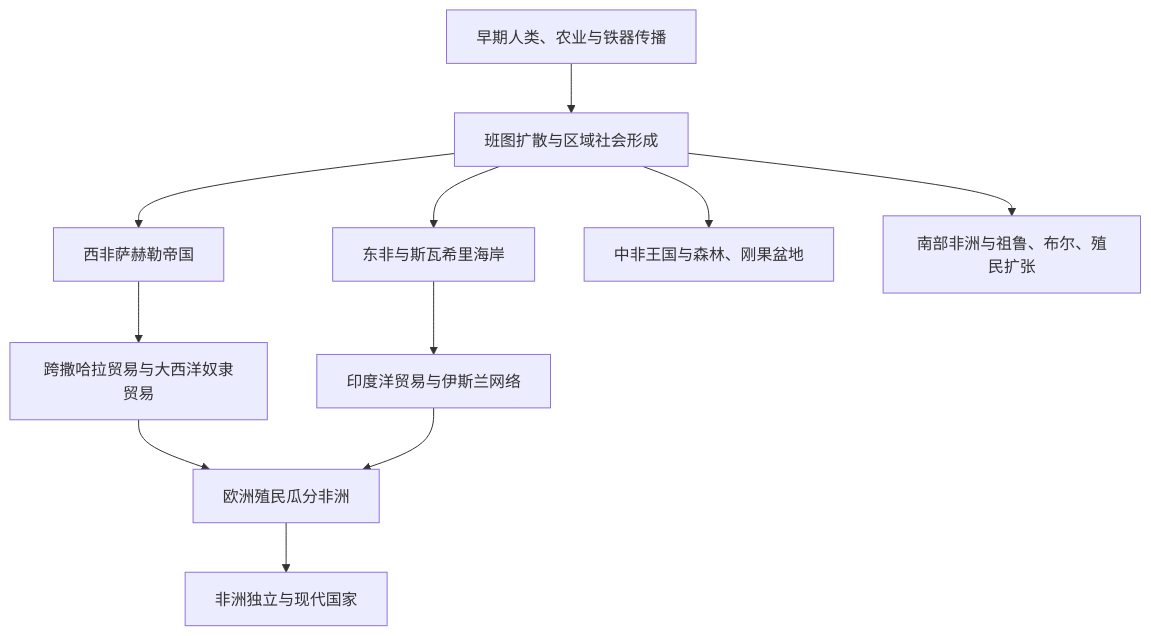
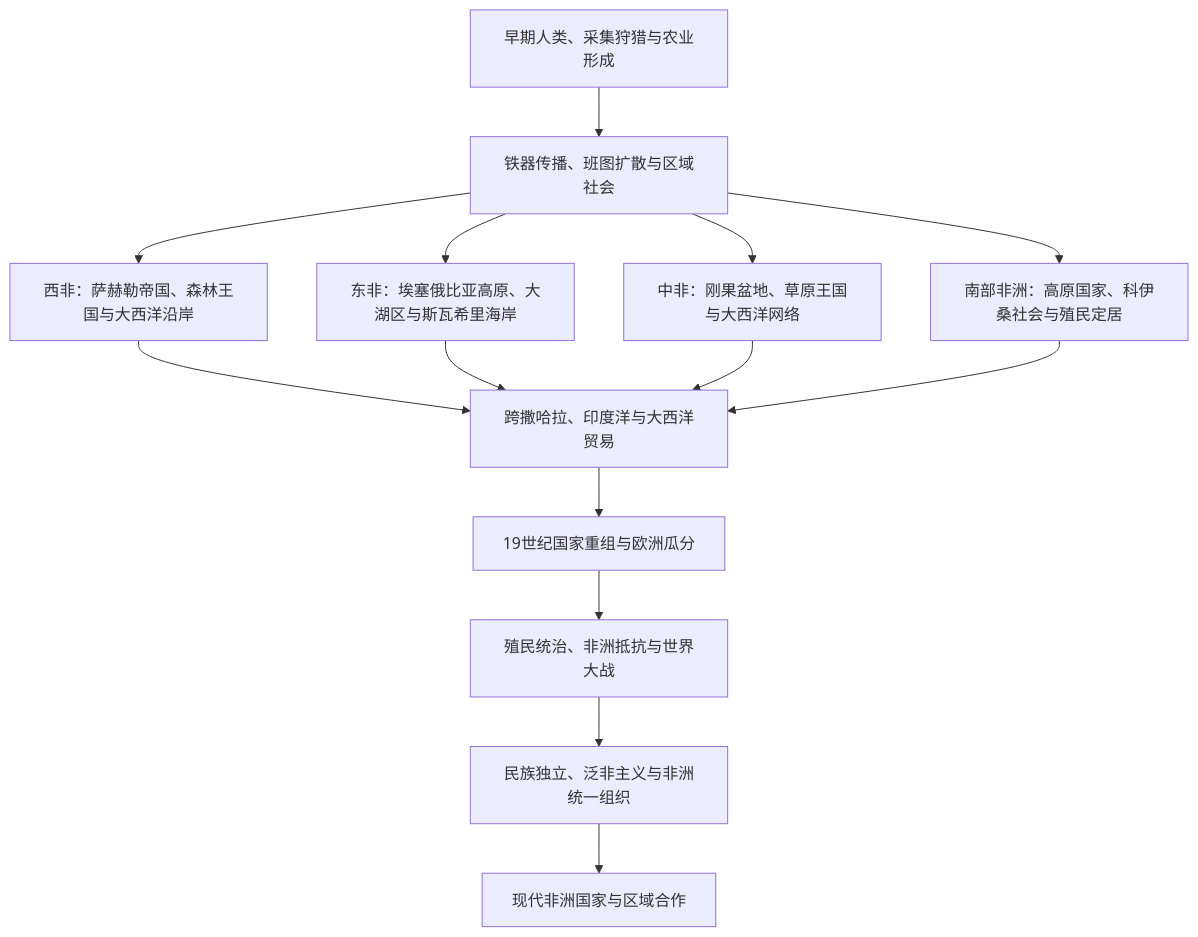
Before and after one commit to tianlan-dev/learning-notes: the diagram in 人文科学/历史/非洲/README.md, drawn with Mermaid. The commit also changed other lines of this file and 164 other files, not shown here.

````diff
--- a/人文科学/历史/非洲/README.md
+++ b/人文科学/历史/非洲/README.md
@@ -14,13 +11,16 @@
 ```mermaid
 flowchart TD
-    Early["早期人类、农业与铁器传播"] --> Bantu["班图扩散与区域社会形成"]
-    Bantu --> WestAfrica["西非萨赫勒帝国"]
-    Bantu --> EastAfrica["东非与斯瓦希里海岸"]
-    Bantu --> CentralAfrica["中非王国与森林、刚果盆地"]
-    Bantu --> SouthernAfrica["南部非洲与祖鲁、布尔、殖民扩张"]
-    WestAfrica --> Atlantic["跨撒哈拉贸易与大西洋奴隶贸易"]
-    EastAfrica --> IndianOcean["印度洋贸易与伊斯兰网络"]
-    Atlantic --> Colonial["欧洲殖民瓜分非洲"]
-    IndianOcean --> Colonial
-    Colonial --> Independence["非洲独立与现代国家"]
+    A["早期人类、采集狩猎与农业形成"] --> B["铁器传播、班图扩散与区域社会"]
+    B --> W["西非：萨赫勒帝国、森林王国与大西洋沿岸"]
+    B --> E["东非：埃塞俄比亚高原、大湖区与斯瓦希里海岸"]
+    B --> C["中非：刚果盆地、草原王国与大西洋网络"]
+    B --> S["南部非洲：高原国家、科伊桑社会与殖民定居"]
+    W --> T["跨撒哈拉、印度洋与大西洋贸易"]
+    E --> T
+    C --> T
+    S --> T
+    T --> P["19世纪国家重组与欧洲瓜分"]
+    P --> D["殖民统治、非洲抵抗与世界大战"]
+    D --> I["民族独立、泛非主义与非洲统一组织"]
+    I --> M["现代非洲国家与区域合作"]
 ```
````
